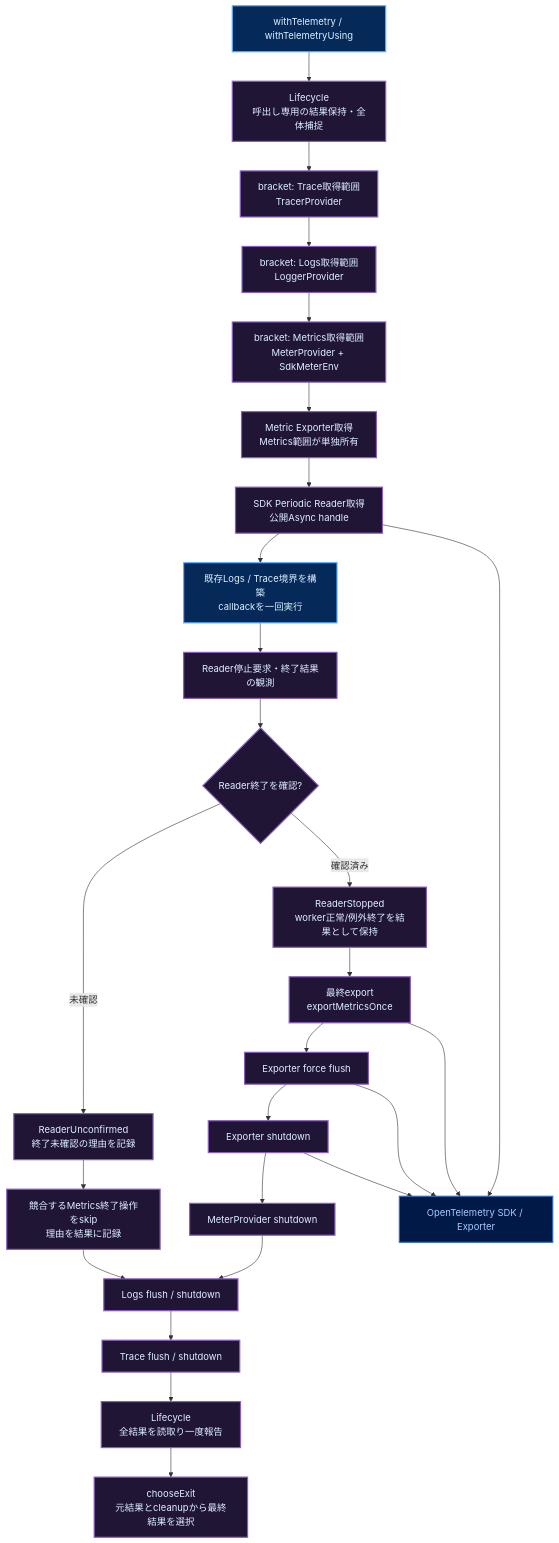
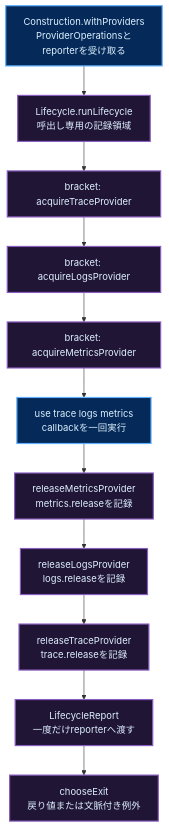
Before and after one commit to takashit16833/Workbench: the third of 4 diagrams in Notes/RAGScope/RAGScopeアプリケーション/RAGScopeアプリケーション Haskellライブラリ・モジュールマップ.md, drawn with Mermaid. The commit also changed other lines of this file, not shown here.

Commit message:
docs: sync RAGScope module map with RS-0024 lifecycle implementation

````diff
--- a/Notes/RAGScope/RAGScopeアプリケーション/RAGScopeアプリケーション Haskellライブラリ・モジュールマップ.md
+++ b/Notes/RAGScope/RAGScopeアプリケーション/RAGScopeアプリケーション Haskellライブラリ・モジュールマップ.md
@@ -144,43 +139,22 @@
 ```mermaid
 flowchart TB
-  root["withTelemetry / withTelemetryUsing"]
-  scope["Lifecycle<br/>呼出し専用の結果保持・全体捕捉"]
-  trace["bracket: Trace取得範囲<br/>TracerProvider"]
-  logs["bracket: Logs取得範囲<br/>LoggerProvider"]
-  meter["bracket: Metrics取得範囲<br/>MeterProvider + SdkMeterEnv"]
-  exporter["Metric Exporter取得<br/>Metrics範囲が単独所有"]
-  reader["SDK Periodic Reader取得<br/>公開Async handle"]
-  use["既存Logs / Trace境界を構築<br/>callbackを一回実行"]
-  stop["Reader停止要求・終了結果の観測"]
-  confirmed{"Reader終了を確認?"}
-  stopped["ReaderStopped<br/>worker正常/例外終了を結果として保持"]
-  export["最終export<br/>exportMetricsOnce"]
-  flush["Exporter force flush"]
-  close["Exporter shutdown"]
-  meterClose["MeterProvider shutdown"]
-  unconfirmed["ReaderUnconfirmed<br/>終了未確認の理由を記録"]
-  skipped["競合するMetrics終了操作をskip<br/>理由を結果に記録"]
-  logsClose["Logs flush / shutdown"]
-  traceClose["Trace flush / shutdown"]
-  report["Lifecycle<br/>全結果を読取り一度報告"]
-  choose["chooseExit<br/>元結果とcleanupから最終結果を選択"]
-  sdk["OpenTelemetry SDK / Exporter"]
+  entry["Construction.withProviders<br/>ProviderOperationsとreporterを受け取る"]
+  scope["Lifecycle.runLifecycle<br/>呼出し専用の記録領域"]
+  trace["bracket: acquireTraceProvider"]
+  logs["bracket: acquireLogsProvider"]
+  metrics["bracket: acquireMetricsProvider"]
+  use["use trace logs metrics<br/>callbackを一回実行"]
+  metricsClose["releaseMetricsProvider<br/>metrics.releaseを記録"]
+  logsClose["releaseLogsProvider<br/>logs.releaseを記録"]
+  traceClose["releaseTraceProvider<br/>trace.releaseを記録"]
+  report["LifecycleReport<br/>一度だけreporterへ渡す"]
+  exit["chooseExit<br/>戻り値または文脈付き例外"]
 
-  root --> scope --> trace --> logs --> meter --> exporter --> reader --> use
-  use --> stop --> confirmed
-  confirmed -->|確認済み| stopped --> export --> flush --> close --> meterClose --> logsClose
-  confirmed -->|未確認| unconfirmed --> skipped --> logsClose
-  logsClose --> traceClose --> report --> choose
-  reader --> sdk
-  export --> sdk
-  flush --> sdk
-  close --> sdk
+  entry --> scope --> trace --> logs --> metrics --> use
+  use --> metricsClose --> logsClose --> traceClose --> report --> exit
 
   classDef public fill:#052A59,stroke:#5EAFFF,color:#DDF0FF,stroke-width:2px
   classDef private fill:#211536,stroke:#8A5EC0,color:#DDF0FF,stroke-width:2px
-  classDef external fill:#001947,stroke:#316CBD,color:#A6CAFF,stroke-width:2px
-
-  class root,use public
-  class scope,trace,logs,meter,exporter,reader,stop,confirmed,stopped,export,flush,close,meterClose,unconfirmed,skipped,logsClose,traceClose,report,choose private
-  class sdk external
+  class entry,use public
+  class scope,trace,logs,metrics,metricsClose,logsClose,traceClose,report,exit private
 ```
````
